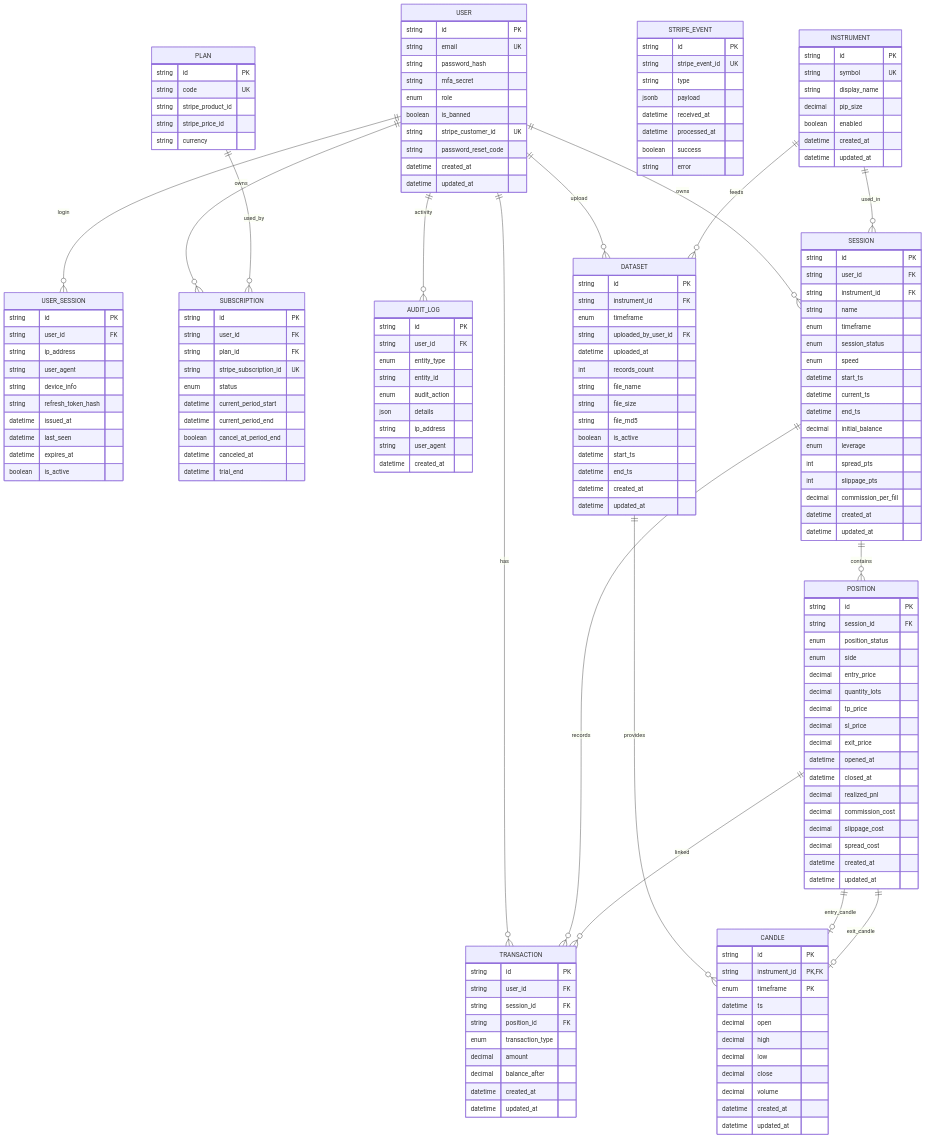
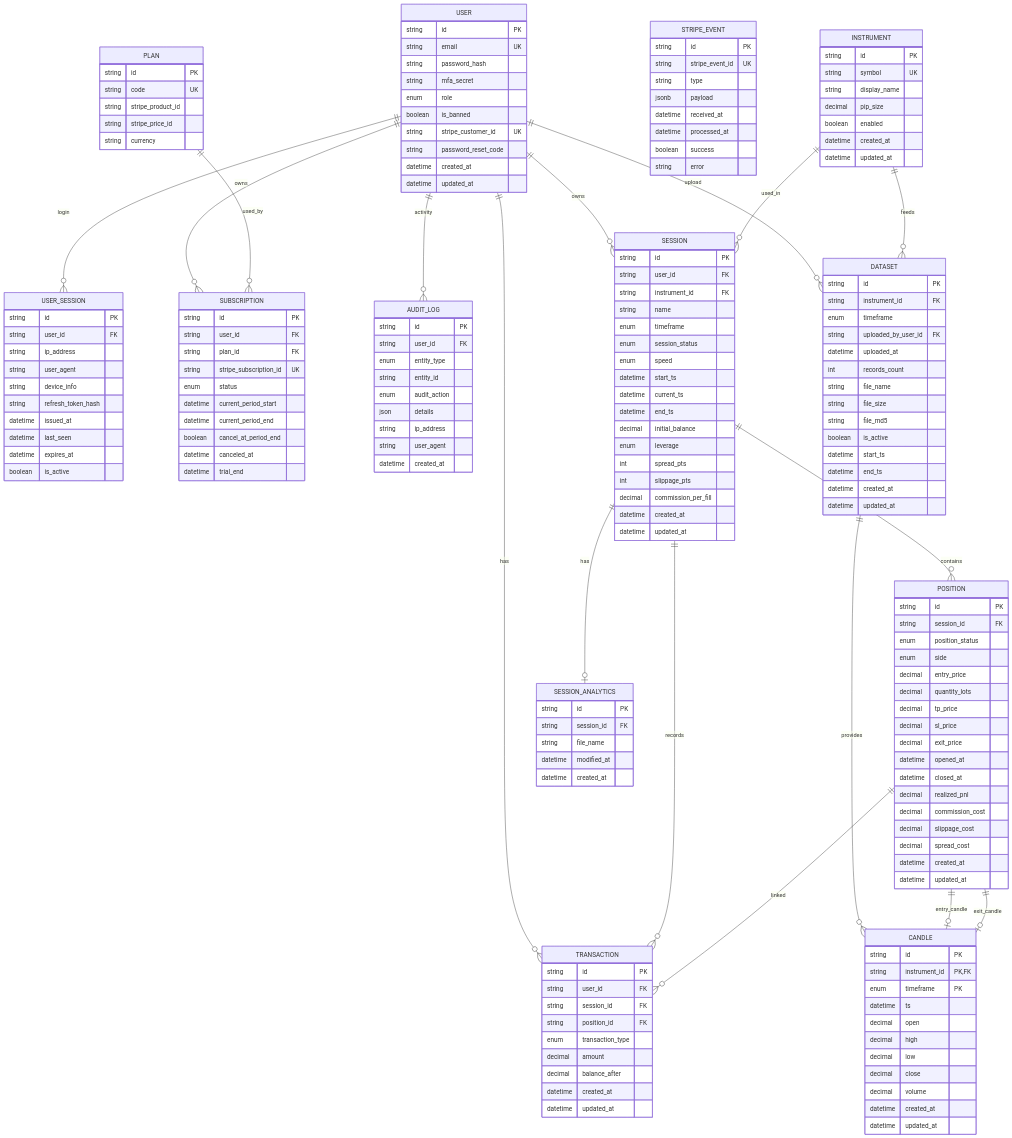
The diagram in documentation/uml/er/er-diagram.md (DamienReichhart/BackTrade), drawn with Mermaid before and after one commit.

Commit message:
Fix the session analytics file misisng for documentation

````diff
--- a/documentation/uml/er/er-diagram.md
+++ b/documentation/uml/er/er-diagram.md
@@ -180,6 +180,14 @@
       datetime updated_at
     }
 
+    SESSION_ANALYTICS {
+      string id PK
+      string session_id FK
+      string file_name
+      datetime modified_at
+      datetime created_at
+    }
+
 
 
     USER ||--o{ SESSION : "owns"
@@ -197,5 +205,6 @@
     POSITION ||--o| CANDLE : "entry_candle"
     POSITION ||--o| CANDLE : "exit_candle"
     USER ||--o{ AUDIT_LOG : "activity"
+    SESSION ||--o| SESSION_ANALYTICS : "has"
 
 ```
````
